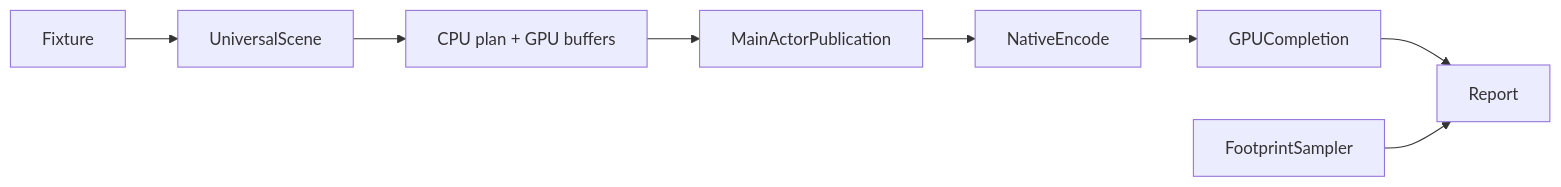
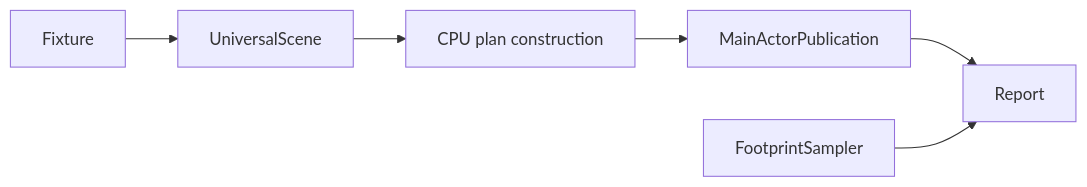
One commit to 1amageek/Rupa changed the diagram in RupaKit/Sources/RupaResponsivenessBaseline/DESIGN.md. Above: the diagram before and after it, drawn with Mermaid. The commit also changed other lines of this file and 9 other files, not shown here.

````diff
--- a/RupaKit/Sources/RupaResponsivenessBaseline/DESIGN.md
+++ b/RupaKit/Sources/RupaResponsivenessBaseline/DESIGN.md
@@ -28,10 +30,8 @@
 ```mermaid
 flowchart LR
     Fixture --> UniversalScene
-    UniversalScene --> DetachedPreparation[CPU plan + GPU buffers]
+    UniversalScene --> DetachedPreparation[CPU plan construction]
     DetachedPreparation --> MainActorPublication
-    MainActorPublication --> NativeEncode
-    NativeEncode --> GPUCompletion
-    GPUCompletion --> Report
+    MainActorPublication --> Report
     FootprintSampler --> Report
 ```
````
